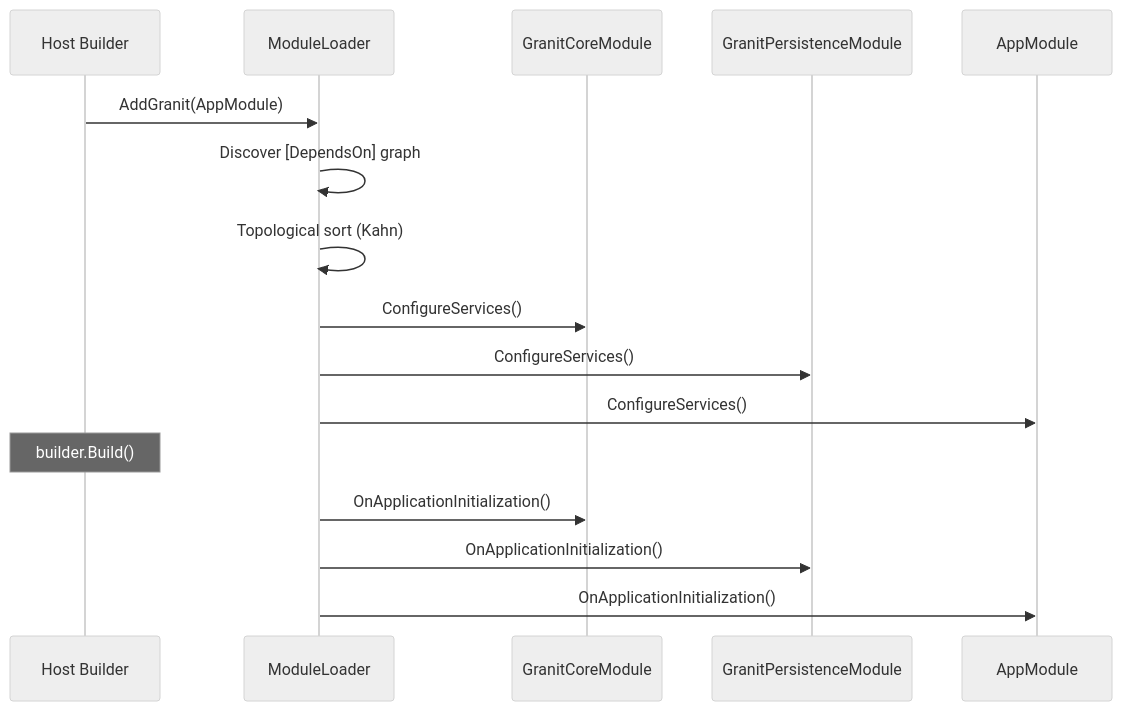
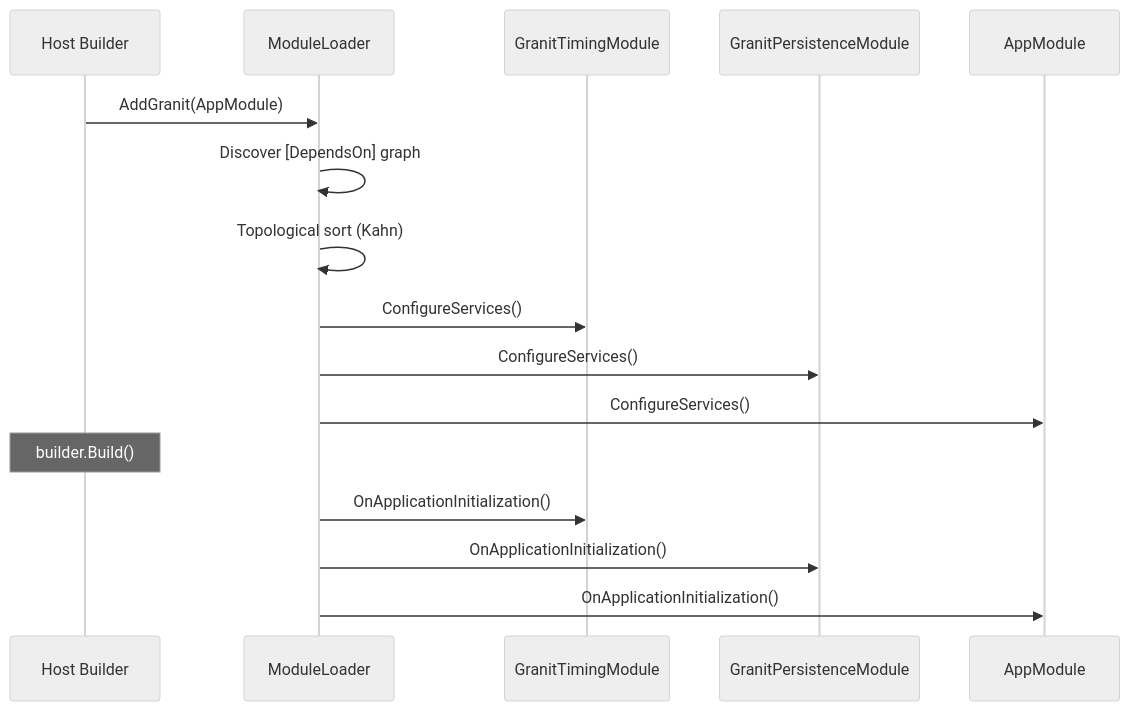
One commit to granit-fx/granit-docs changed the diagram in src/content/docs/dotnet/core/module-system.mdx. Above: the diagram before and after it, drawn with Mermaid (neutral theme). The commit also changed other lines of this file and 48 other files, not shown here.

````diff
--- a/src/content/docs/dotnet/core/module-system.mdx
+++ b/src/content/docs/dotnet/core/module-system.mdx
@@ -133,19 +133,19 @@
 ```mermaid
 sequenceDiagram
     participant Host as Host Builder
     participant ML as ModuleLoader
-    participant M1 as GranitCoreModule
+    participant M1 as GranitTimingModule
     participant M2 as GranitPersistenceModule
     participant M3 as AppModule
 
     Host->>ML: AddGranit(AppModule)
     ML->>ML: Discover [DependsOn] graph
     ML->>ML: Topological sort (Kahn)
     ML->>M1: ConfigureServices()
     ML->>M2: ConfigureServices()
     ML->>M3: ConfigureServices()
     Note over Host: builder.Build()
     ML->>M1: OnApplicationInitialization()
     ML->>M2: OnApplicationInitialization()
     ML->>M3: OnApplicationInitialization()
 ```
````
